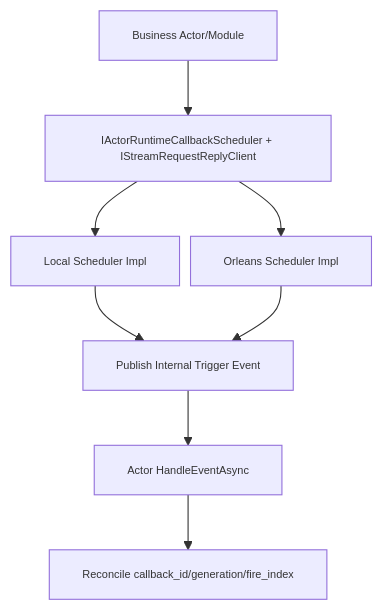
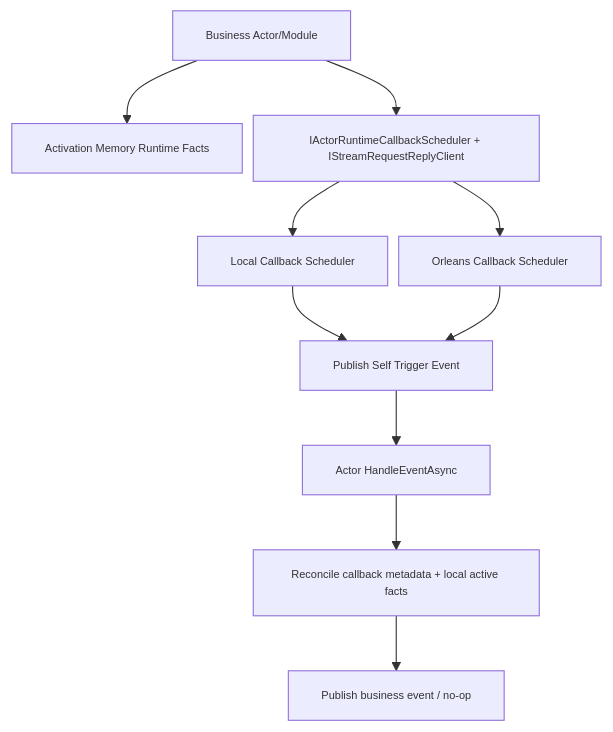
The diagram in docs/architecture/actor-runtime-stream-callback-request-reply-capability-refactor-blueprint-2026-03-05.md (aevatarAI/aevatar), drawn with Mermaid before and after one commit. The commit also changed other lines of this file and 24 other files, not shown here.

First line of the commit message:
Refactor actor runtime callback architecture and enhance volatile execution semantics

````diff
--- a/docs/architecture/actor-runtime-stream-callback-request-reply-capability-refactor-blueprint-2026-03-05.md
+++ b/docs/architecture/actor-runtime-stream-callback-request-reply-capability-refactor-blueprint-2026-03-05.md
@@ -56,11 +75,13 @@
 ```mermaid
 %%{init: {"maxTextSize": 100000, "flowchart": {"useMaxWidth": false, "nodeSpacing": 10, "rankSpacing": 50}, "themeVariables": {"fontSize": "10px"}}}%%
 flowchart TB
-    BIZ["Business Actor/Module"] --> ABS["IActorRuntimeCallbackScheduler + IStreamRequestReplyClient"]
-    ABS --> LOC["Local Scheduler Impl"]
-    ABS --> ORL["Orleans Scheduler Impl"]
-    LOC --> EVT["Publish Internal Trigger Event"]
+    BIZ["Business Actor/Module"] --> MEM["Activation Memory Runtime Facts"]
+    BIZ --> ABS["IActorRuntimeCallbackScheduler + IStreamRequestReplyClient"]
+    ABS --> LOC["Local Callback Scheduler"]
+    ABS --> ORL["Orleans Callback Scheduler"]
+    LOC --> EVT["Publish Self Trigger Event"]
     ORL --> EVT
     EVT --> ACT["Actor HandleEventAsync"]
-    ACT --> REC["Reconcile callback_id/generation/fire_index"]
+    ACT --> REC["Reconcile callback metadata + local active facts"]
+    REC --> NEXT["Publish business event / no-op"]
 ```
````
